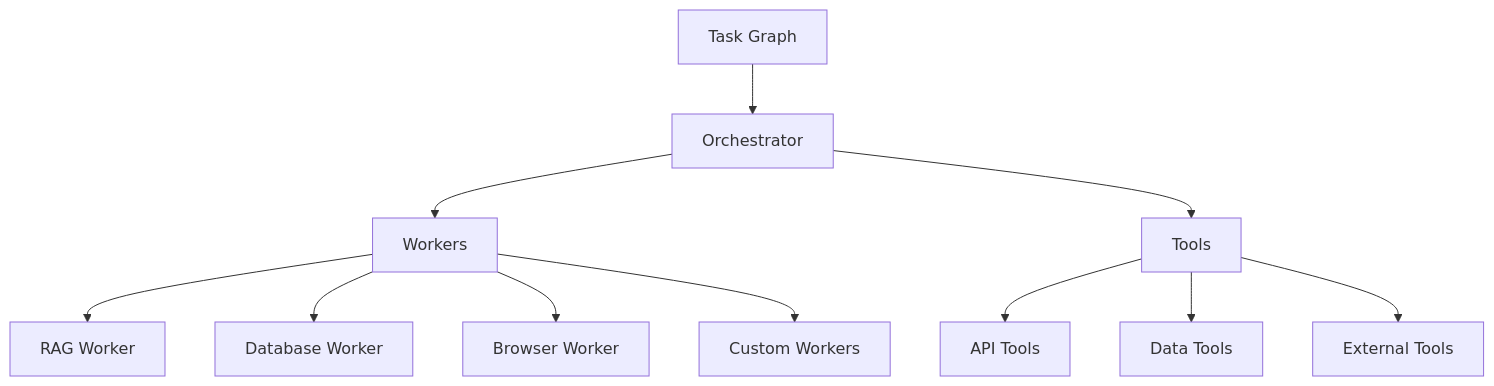
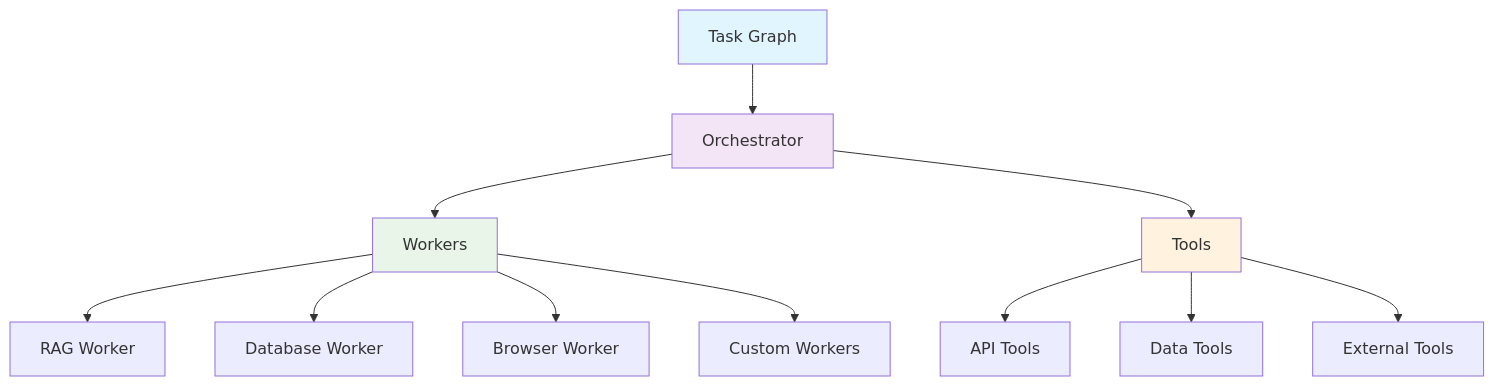
Before and after one commit to tedeyang/Agent-First-Organization: the diagram in README.md, drawn with Mermaid. The commit also changed other lines of this file, not shown here.

````diff
--- a/README.md
+++ b/README.md
@@ -116,13 +119,18 @@
 ```mermaid
 graph TB
     A[Task Graph] --> B[Orchestrator]
     B --> C[Workers]
     B --> D[Tools]
     C --> E[RAG Worker]
     C --> F[Database Worker]
     C --> G[Browser Worker]
     C --> H[Custom Workers]
     D --> I[API Tools]
     D --> J[Data Tools]
     D --> K[External Tools]
+    
+    style A fill:#e1f5fe
+    style B fill:#f3e5f5
+    style C fill:#e8f5e8
+    style D fill:#fff3e0
 ```
````
